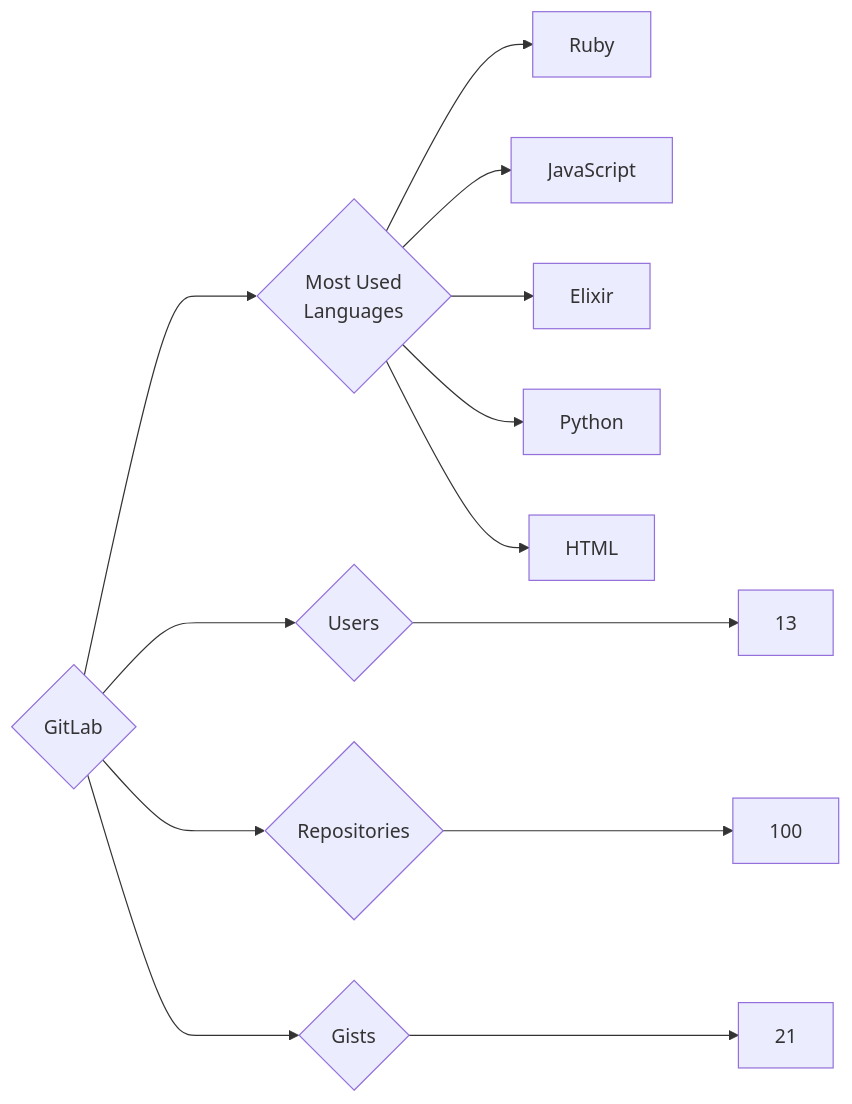
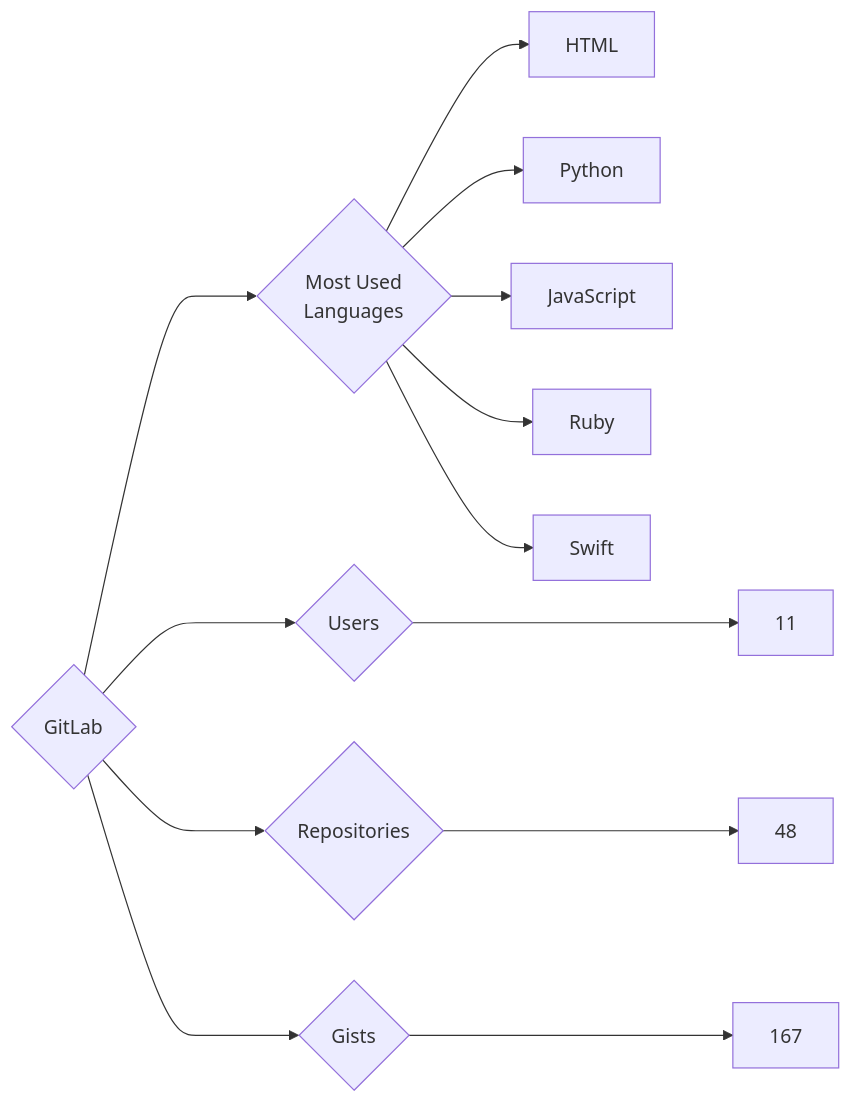
One commit to trickest/insiders changed the diagram in targets/GitLab/README.md. Above: the diagram before and after it, drawn with Mermaid. The commit also changed 721 other files, not shown here.

````diff
--- a/targets/GitLab/README.md
+++ b/targets/GitLab/README.md
@@ -3,13 +3,13 @@
 ```mermaid
 graph LR
 COMPANY_NAME{GitLab}
-COMPANY_NAME ---> U{Users} ---> UN[13]
-COMPANY_NAME ---> R{Repositories} ---> RN[100]
-COMPANY_NAME ---> G{Gists} ---> GN[21]
+COMPANY_NAME ---> U{Users} ---> UN[11]
+COMPANY_NAME ---> R{Repositories} ---> RN[48]
+COMPANY_NAME ---> G{Gists} ---> GN[167]
 COMPANY_NAME ---> ML{Most Used<br>Languages}
+ML --> HTML[HTML]
+ML --> Python[Python]
+ML --> JavaScript[JavaScript]
 ML --> Ruby[Ruby]
-ML --> JavaScript[JavaScript]
-ML --> Elixir[Elixir]
-ML --> Python[Python]
-ML --> HTML[HTML]
+ML --> Swift[Swift]
 ```
````
